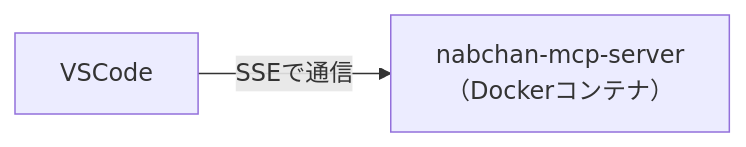
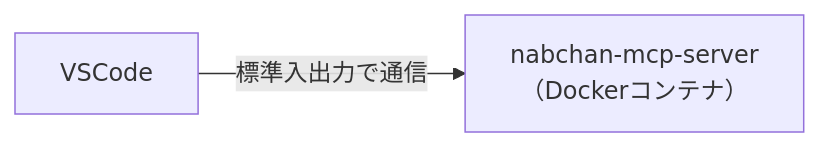
Before and after one commit to backpaper0/nabchan-mcp-server: the first of 2 diagrams in README.md, drawn with Mermaid. The commit also changed other lines of this file and 4 other files, not shown here.

````diff
--- a/README.md
+++ b/README.md
@@ -14,6 +14,6 @@
 ```mermaid
 graph LR
   a[VSCode]
   b[nabchan-mcp-server<br>（Dockerコンテナ）]
-  a -->|SSEで通信| b
+  a -->|標準入出力で通信| b
 ```
````
